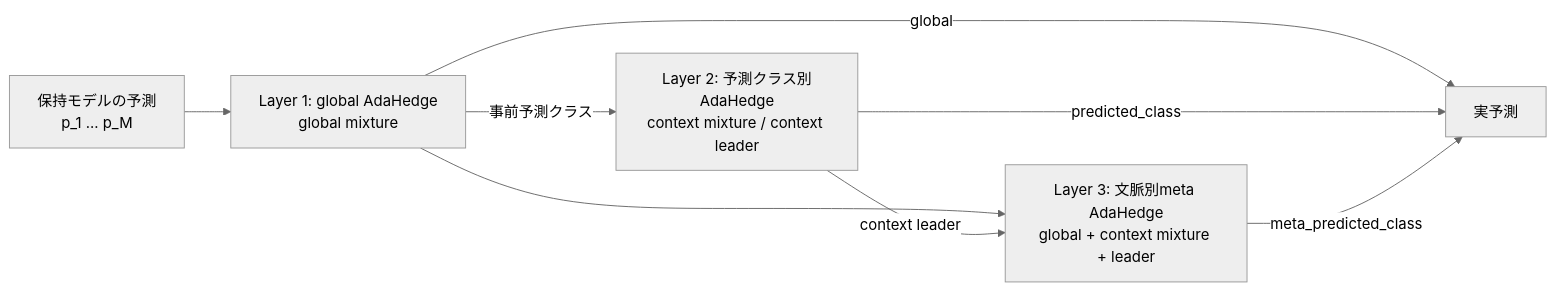
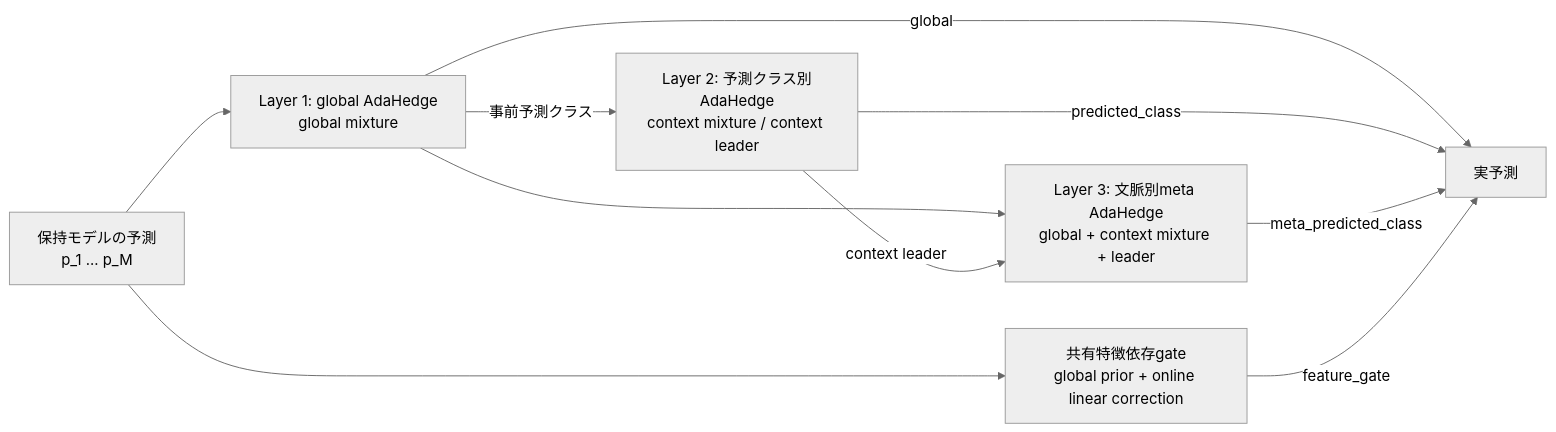
One commit to shimmen3141/FedSDA-experiment changed the diagram in docs/soft-routing.md. Above: the diagram before and after it, drawn with Mermaid (neutral theme). The commit also changed other lines of this file and 14 other files, not shown here.

Commit message:
Add feature-conditioned online routing

````diff
--- a/docs/soft-routing.md
+++ b/docs/soft-routing.md
@@ -9,16 +9,19 @@
 ```mermaid
 flowchart LR
     models["保持モデルの予測<br/>p_1 ... p_M"]
     global["Layer 1: global AdaHedge<br/>global mixture"]
     context["Layer 2: 予測クラス別AdaHedge<br/>context mixture / context leader"]
     meta["Layer 3: 文脈別meta AdaHedge<br/>global + context mixture + leader"]
+    feature["共有特徴依存gate<br/>global prior + online linear correction"]
     output["実予測"]
 
     models --> global
     global -->|事前予測クラス| context
     global --> meta
     context -->|context leader| meta
+    models --> feature
     global -->|global| output
     context -->|predicted_class| output
     meta -->|meta_predicted_class| output
+    feature -->|feature_gate| output
 ```
````
